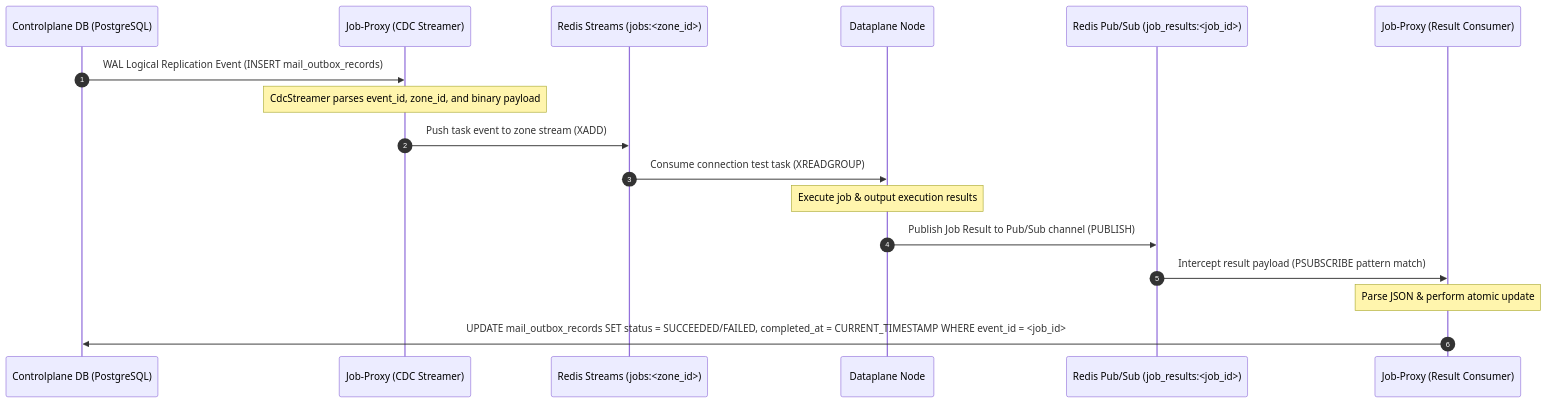
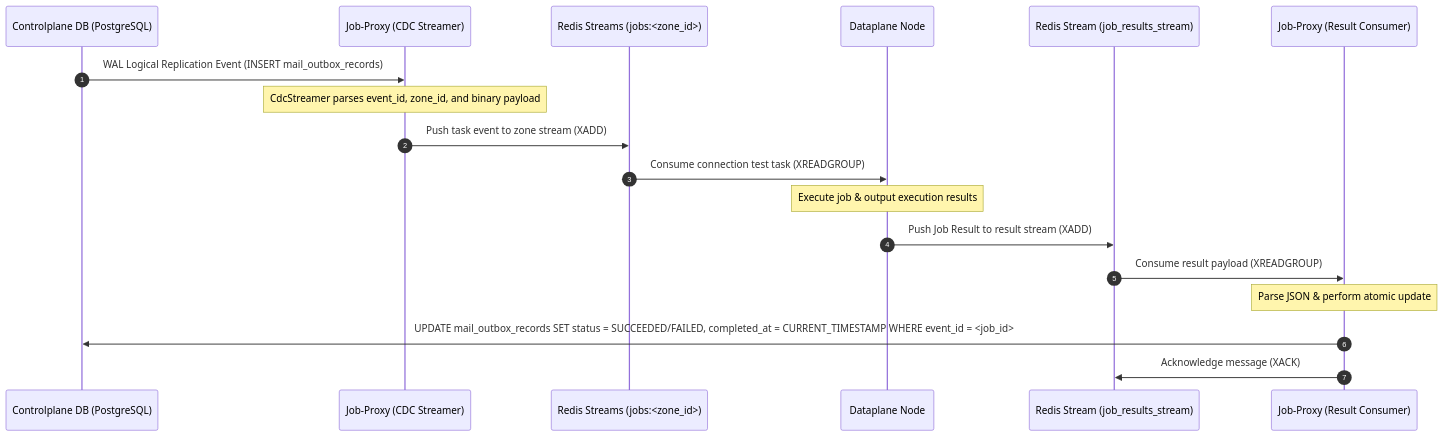
One commit to phucle996/aurora changed the second of 4 diagrams in spec/mail/try_connect_workflow.md. Above: the diagram before and after it, drawn with Mermaid. The commit also changed other lines of this file and 8 other files, not shown here.

Commit message:
refactor: migrate job result reporting from Redis Pub/Sub and gRPC to durable Redis Streams

````diff
--- a/spec/mail/try_connect_workflow.md
+++ b/spec/mail/try_connect_workflow.md
@@ -138,22 +138,23 @@
 ```mermaid
 sequenceDiagram
     autonumber
     participant DB as Controlplane DB (PostgreSQL)
     participant JP_CDC as Job-Proxy (CDC Streamer)
     participant RDS as Redis Streams (jobs:<zone_id>)
     participant DP as Dataplane Node
-    participant RP as Redis Pub/Sub (job_results:<job_id>)
+    participant RDS_RES as Redis Stream (job_results_stream)
     participant JP_RC as Job-Proxy (Result Consumer)
 
     DB->>JP_CDC: WAL Logical Replication Event (INSERT mail_outbox_records)
     Note over JP_CDC: CdcStreamer parses event_id, zone_id, and binary payload
     JP_CDC->>RDS: Push task event to zone stream (XADD)
     
     RDS->>DP: Consume connection test task (XREADGROUP)
     Note over DP: Execute job & output execution results
-    DP->>RP: Publish Job Result to Pub/Sub channel (PUBLISH)
+    DP->>RDS_RES: Push Job Result to result stream (XADD)
     
-    RP->>JP_RC: Intercept result payload (PSUBSCRIBE pattern match)
+    RDS_RES->>JP_RC: Consume result payload (XREADGROUP)
     Note over JP_RC: Parse JSON & perform atomic update
     JP_RC->>DB: UPDATE mail_outbox_records SET status = SUCCEEDED/FAILED, completed_at = CURRENT_TIMESTAMP WHERE event_id = <job_id>
+    JP_RC->>RDS_RES: Acknowledge message (XACK)
 ```
````
